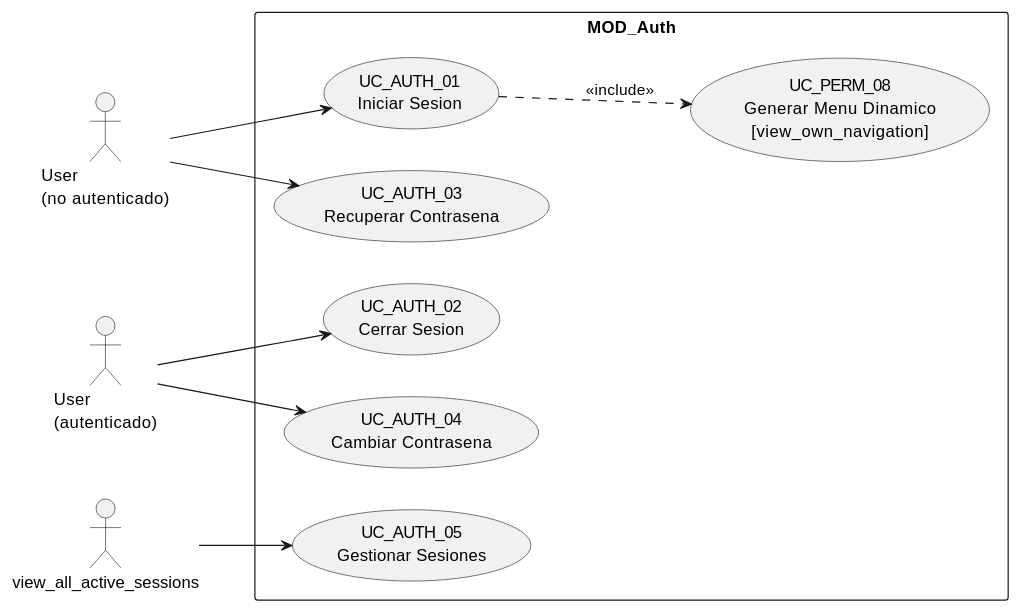
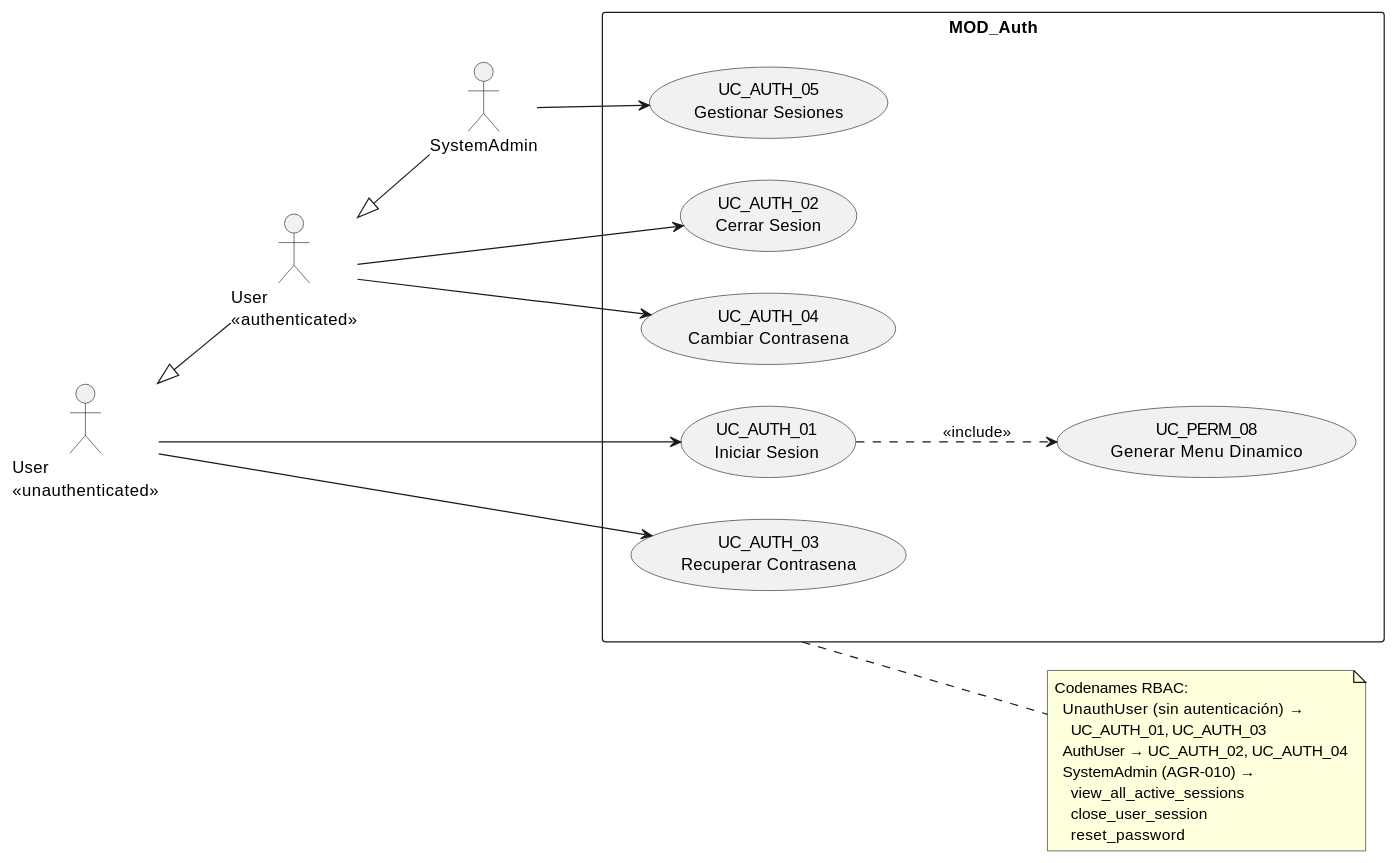
One commit to jcg-admin/IACT-docs changed the diagram in source/arquitectura-tecnica/use-case-view/uc-auth.rst. Above: the diagram before and after it, drawn with PlantUML. The commit also changed other lines of this file and 30 other files, not shown here.

First line of the commit message:
Apply UML-07 conformance to use-case-view: actors as roles

```diff
--- a/source/arquitectura-tecnica/use-case-view/uc-auth.rst
+++ b/source/arquitectura-tecnica/use-case-view/uc-auth.rst
@@ -25,27 +23,43 @@
 .. uml::
- :caption: Figura 16 — MOD_Auth: casos de uso
+ :caption: MOD_Auth — actores con jerarquía
+           Usuario → Autenticado → SystemAdmin.
 
  @startuml
  left to right direction
 
- actor "User\n(no autenticado)" as UsuarioAnonimo
- actor "User\n(autenticado)" as user_autenticado
- actor "view_all_active_sessions" as view_all_active_sessions
+ actor "User\n<<unauthenticated>>" as UnauthUser
+ actor "User\n<<authenticated>>"   as AuthUser
+ actor SystemAdmin
+
+ UnauthUser <|-- AuthUser
+ AuthUser   <|-- SystemAdmin
 
  rectangle "MOD_Auth" {
    usecase "UC_AUTH_01\nIniciar Sesion" as INICIAR_SESION
    usecase "UC_AUTH_02\nCerrar Sesion" as CERRAR_SESION
    usecase "UC_AUTH_03\nRecuperar Contrasena" as RECUPERAR_CONTRASENA
    usecase "UC_AUTH_04\nCambiar Contrasena" as CAMBIAR_CONTRASENA
    usecase "UC_AUTH_05\nGestionar Sesiones" as GESTIONAR_SESIONES
-   usecase "UC_PERM_08\nGenerar Menu Dinamico\n[view_own_navigation]" as GENERAR_MENU_DINAMICO
+   usecase "UC_PERM_08\nGenerar Menu Dinamico" as GENERAR_MENU_DINAMICO
  }
 
- UsuarioAnonimo --> INICIAR_SESION
- UsuarioAnonimo --> RECUPERAR_CONTRASENA
- user_autenticado --> CERRAR_SESION
- user_autenticado --> CAMBIAR_CONTRASENA
- view_all_active_sessions --> GESTIONAR_SESIONES
+ UnauthUser --> INICIAR_SESION
+ UnauthUser --> RECUPERAR_CONTRASENA
+ AuthUser   --> CERRAR_SESION
+ AuthUser   --> CAMBIAR_CONTRASENA
+ SystemAdmin --> GESTIONAR_SESIONES
+
  INICIAR_SESION ..> GENERAR_MENU_DINAMICO : <<include>>
 
+ note right of MOD_Auth
+   Codenames RBAC:
+     UnauthUser (sin autenticación) →
+       UC_AUTH_01, UC_AUTH_03
+     AuthUser → UC_AUTH_02, UC_AUTH_04
+     SystemAdmin (AGR-010) →
+       view_all_active_sessions
+       close_user_session
+       reset_password
+ end note
+
  @enduml
```
